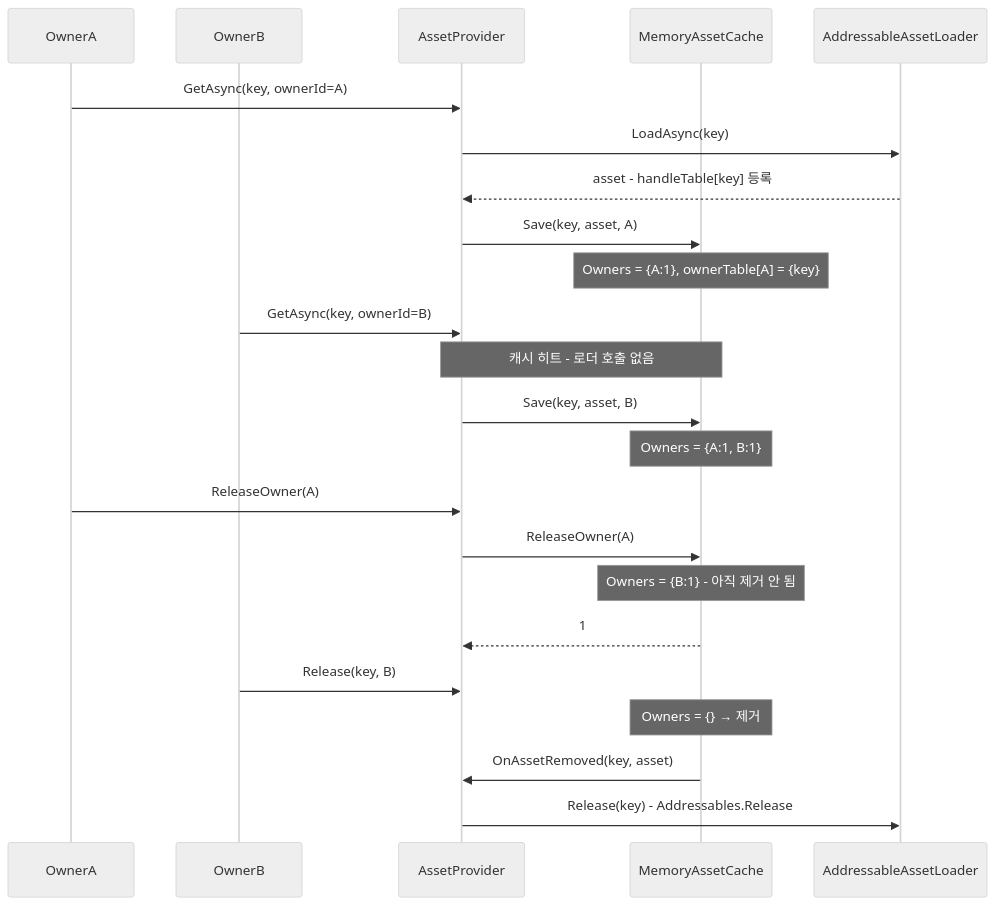
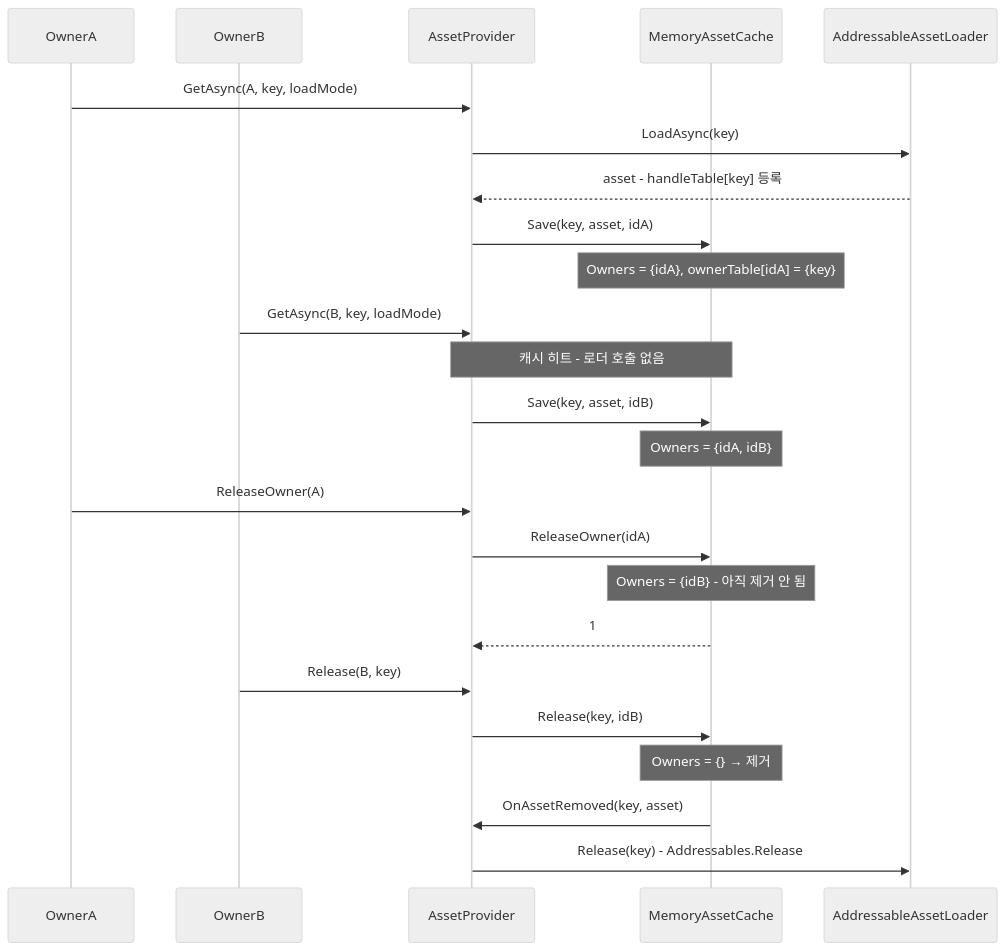
One commit to HoHong123/HCUP-Unity changed the third of 3 diagrams in HResource/docs/Cache.md. Above: the diagram before and after it, drawn with Mermaid (neutral theme). The commit also changed other lines of this file, not shown here.

````diff
--- a/HResource/docs/Cache.md
+++ b/HResource/docs/Cache.md
@@ -105,29 +85,30 @@
 ```mermaid
 sequenceDiagram
     participant A as OwnerA
     participant B as OwnerB
     participant P as AssetProvider
     participant M as MemoryAssetCache
     participant L as AddressableAssetLoader
 
-    A->>P: GetAsync(key, ownerId=A)
+    A->>P: GetAsync(A, key, loadMode)
     P->>L: LoadAsync(key)
     L-->>P: asset - handleTable[key] 등록
-    P->>M: Save(key, asset, A)
-    Note over M: Owners = {A:1}, ownerTable[A] = {key}
+    P->>M: Save(key, asset, idA)
+    Note over M: Owners = {idA}, ownerTable[idA] = {key}
 
-    B->>P: GetAsync(key, ownerId=B)
+    B->>P: GetAsync(B, key, loadMode)
     Note over P,M: 캐시 히트 - 로더 호출 없음
-    P->>M: Save(key, asset, B)
-    Note over M: Owners = {A:1, B:1}
+    P->>M: Save(key, asset, idB)
+    Note over M: Owners = {idA, idB}
 
     A->>P: ReleaseOwner(A)
-    P->>M: ReleaseOwner(A)
-    Note over M: Owners = {B:1} - 아직 제거 안 됨
+    P->>M: ReleaseOwner(idA)
+    Note over M: Owners = {idB} - 아직 제거 안 됨
     M-->>P: 1
 
-    B->>P: Release(key, B)
+    B->>P: Release(B, key)
+    P->>M: Release(key, idB)
     Note over M: Owners = {} → 제거
     M->>P: OnAssetRemoved(key, asset)
     P->>L: Release(key) - Addressables.Release
 ```
````
